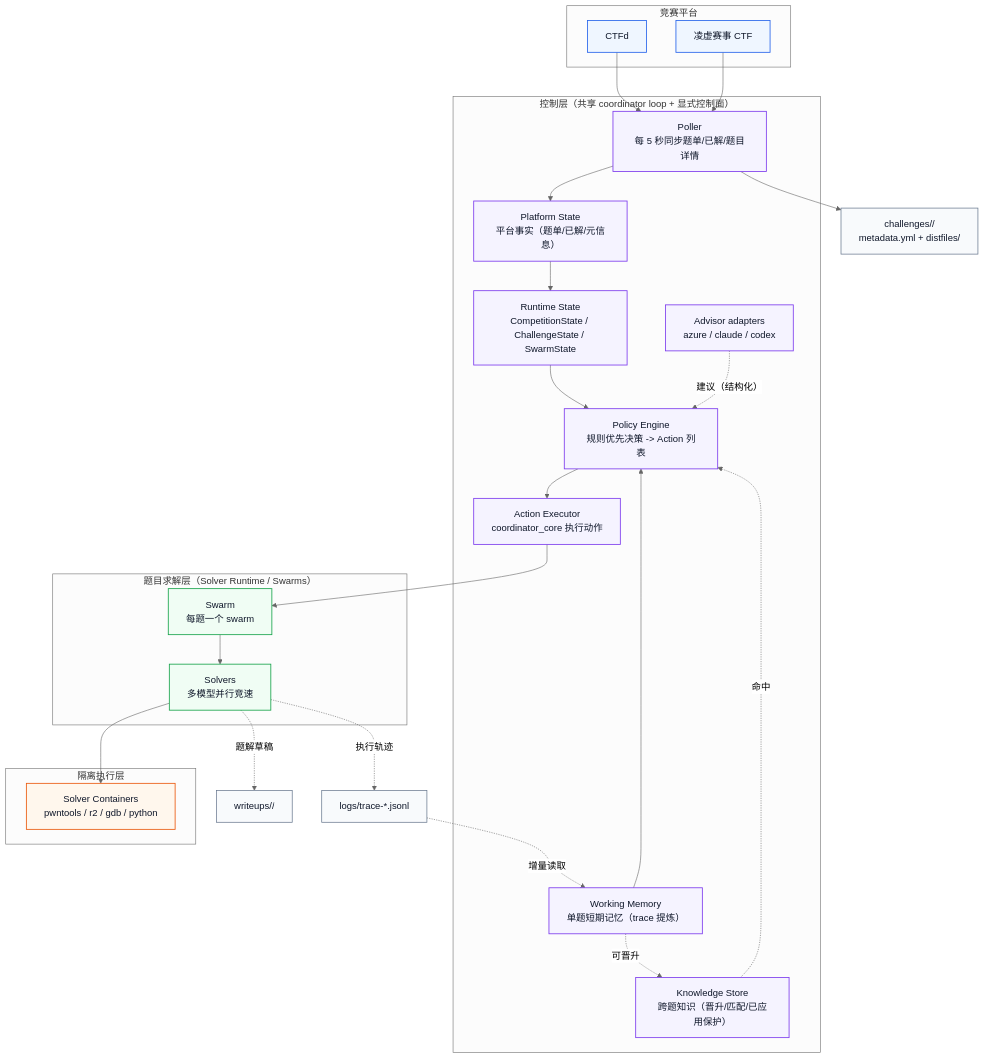
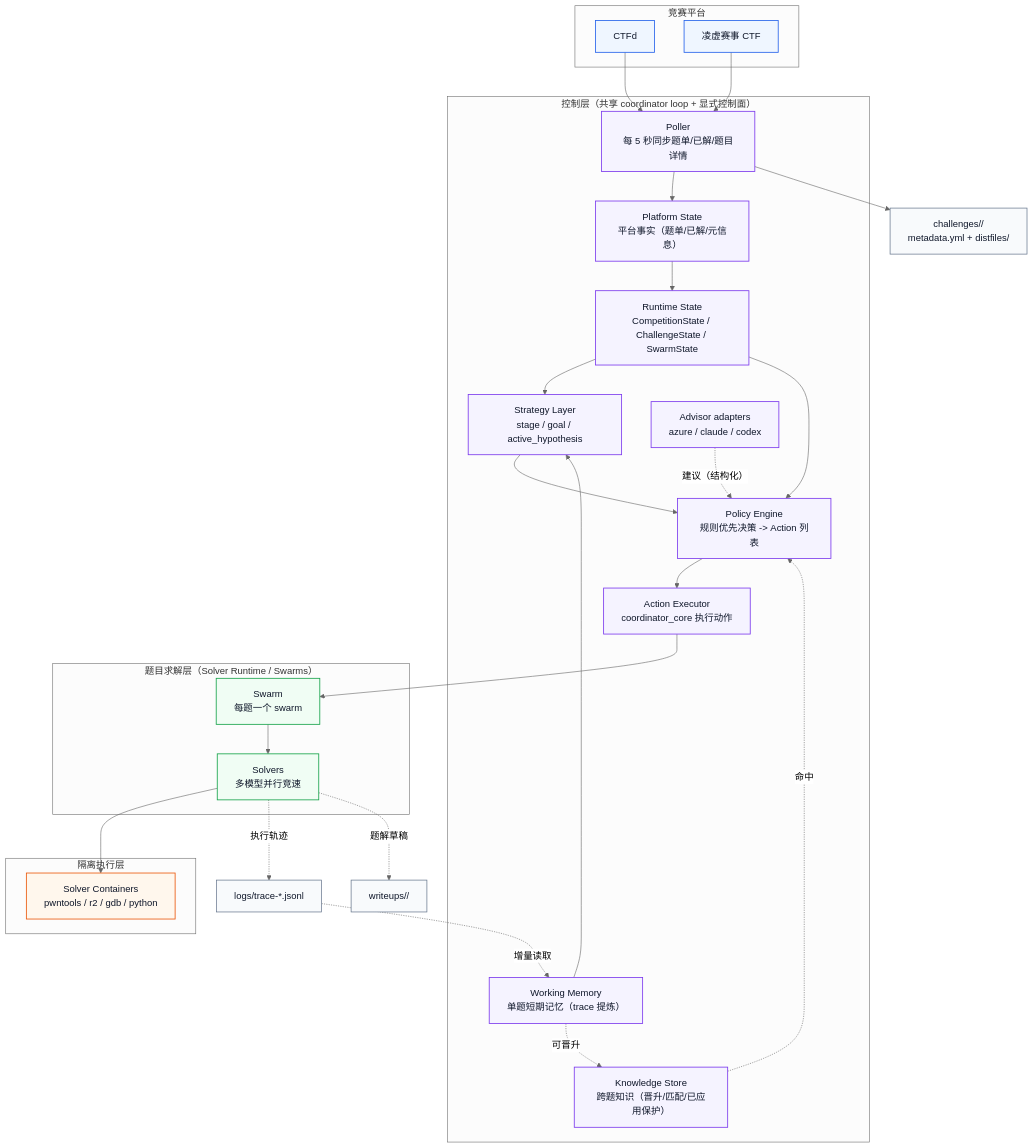
One commit to D1a0y1bb/HuntingBlade changed the diagram in README.md. Above: the diagram before and after it, drawn with Mermaid (neutral theme). The commit also changed other lines of this file and 3 other files, not shown here.

````diff
--- a/README.md
+++ b/README.md
@@ -58,55 +59,58 @@
 ```mermaid
 flowchart TB
     classDef platform fill:#eff6ff,stroke:#2563eb,stroke-width:1.4px,color:#0f172a;
     classDef control fill:#f5f3ff,stroke:#7c3aed,stroke-width:1.4px,color:#0f172a;
     classDef swarm fill:#f0fdf4,stroke:#16a34a,stroke-width:1.4px,color:#0f172a;
     classDef sandbox fill:#fff7ed,stroke:#ea580c,stroke-width:1.4px,color:#0f172a;
     classDef artifact fill:#f8fafc,stroke:#64748b,stroke-width:1.2px,color:#0f172a;
 
     subgraph Platforms["竞赛平台"]
         CTFD["CTFd"]:::platform
         LX["凌虚赛事 CTF"]:::platform
     end
 
     subgraph Control["控制层（共享 coordinator loop + 显式控制面）"]
         Poller["Poller<br/>每 5 秒同步题单/已解/题目详情"]:::control
         PState["Platform State<br/>平台事实（题单/已解/元信息）"]:::control
         RState["Runtime State<br/>CompetitionState / ChallengeState / SwarmState"]:::control
         WM["Working Memory<br/>单题短期记忆（trace 提炼）"]:::control
+        SL["Strategy Layer<br/>stage / goal / active_hypothesis"]:::control
         KS["Knowledge Store<br/>跨题知识（晋升/匹配/已应用保护）"]:::control
         PE["Policy Engine<br/>规则优先决策 -> Action 列表"]:::control
         AE["Action Executor<br/>coordinator_core 执行动作"]:::control
         Advisors["Advisor adapters<br/>azure / claude / codex"]:::control
     end
 
     subgraph Swarms["题目求解层（Solver Runtime / Swarms）"]
         S1["Swarm<br/>每题一个 swarm"]:::swarm
         Solvers["Solvers<br/>多模型并行竞速"]:::swarm
     end
 
     subgraph Sandboxes["隔离执行层"]
         Boxes["Solver Containers<br/>pwntools / r2 / gdb / python"]:::sandbox
     end
 
     ChallengeDir["challenges/<slug>/<br/>metadata.yml + distfiles/"]:::artifact
     Logs["logs/trace-*.jsonl"]:::artifact
     Writeups["writeups/<platform-event>/"]:::artifact
 
     CTFD --> Poller
     LX --> Poller
     Poller --> PState
     Poller --> ChallengeDir
     PState --> RState
     Logs -.增量读取.-> WM
+    WM --> SL
+    RState --> SL
+    SL --> PE
     WM -.可晋升.-> KS
     KS -.命中.-> PE
     RState --> PE
-    WM --> PE
     PE --> AE
     Advisors -.建议（结构化）.-> PE
     AE --> S1
     S1 --> Solvers
     Solvers --> Boxes
     Solvers -.执行轨迹.-> Logs
     Solvers -.题解草稿.-> Writeups
 ```
````
